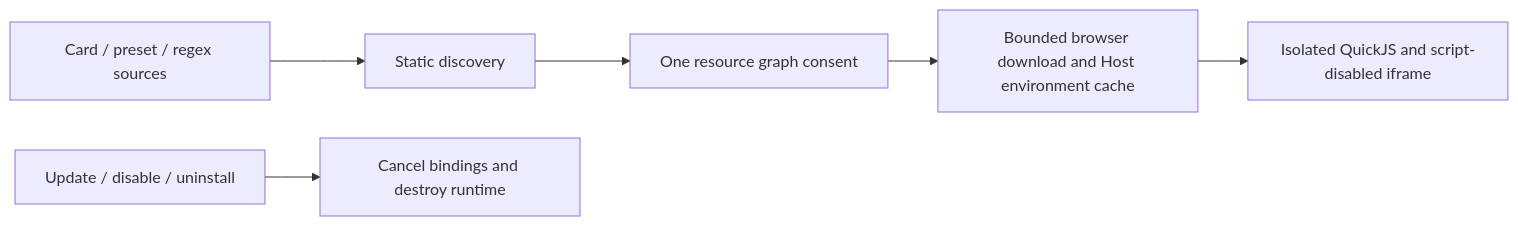
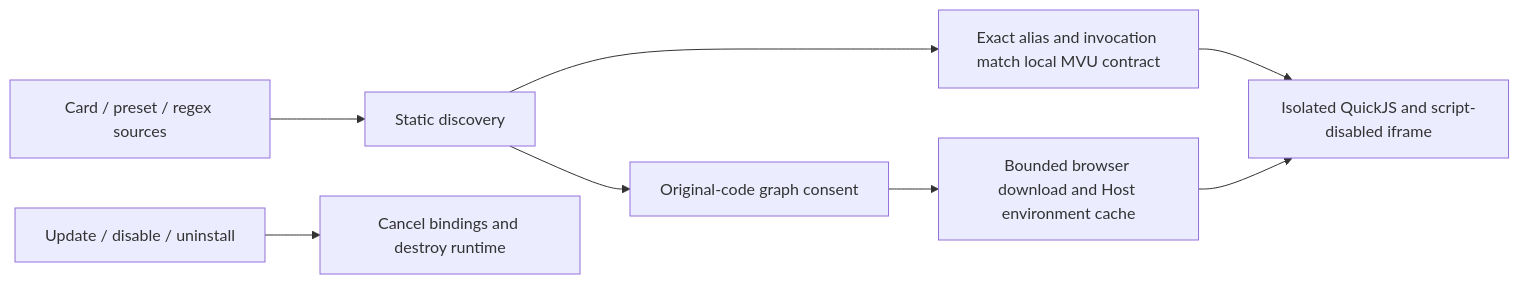
One commit to Player-MINEPIG/dsh-tavern changed the third of 3 diagrams in docs/CONVERSATION_PRESENTATION_en.md. Above: the diagram before and after it, drawn with Mermaid. The commit also changed other lines of this file and 23 other files, not shown here.

````diff
--- a/docs/CONVERSATION_PRESENTATION_en.md
+++ b/docs/CONVERSATION_PRESENTATION_en.md
@@ -194,8 +194,10 @@
 ```mermaid
 flowchart LR
   A[Card / preset / regex sources] --> B[Static discovery]
-  B --> C[One resource graph consent]
+  B --> L[Exact alias and invocation match local MVU contract]
+  L --> E
+  B --> C[Original-code graph consent]
   C --> D[Bounded browser download and Host environment cache]
   D --> E[Isolated QuickJS and script-disabled iframe]
   F[Update / disable / uninstall] --> G[Cancel bindings and destroy runtime]
 ```
````
